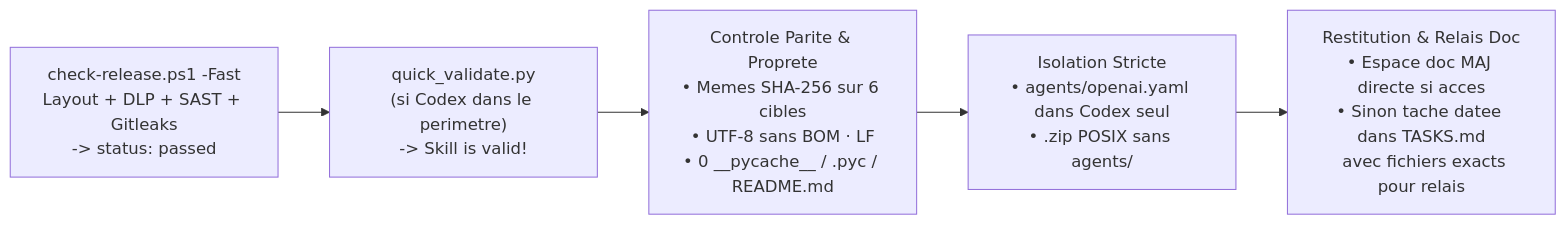
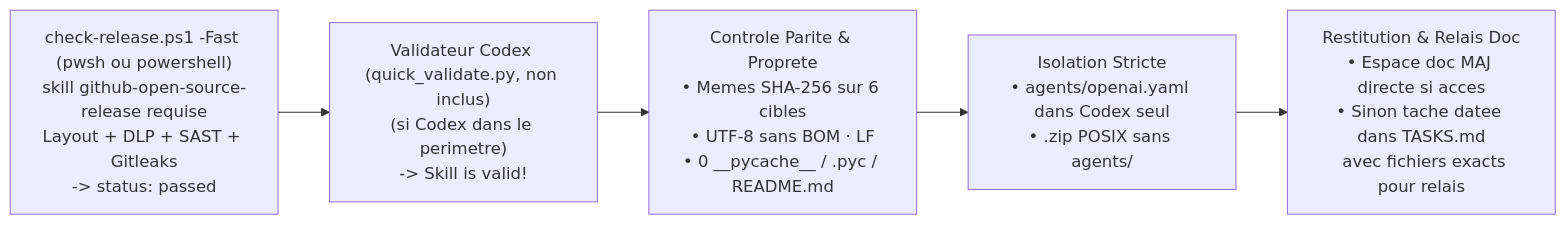
Before and after one commit to Melkyzedec/Toolbox: the second of 2 diagrams in skills/mon-standard-skill/references/processus.md, drawn with Mermaid. The commit also changed other lines of this file and 16 other files, not shown here.

First line of the commit message:
fix(securite): durcit check-release, mutation-check, kanban et packager (audit hostile) (#10)

````diff
--- a/skills/mon-standard-skill/references/processus.md
+++ b/skills/mon-standard-skill/references/processus.md
@@ -44,10 +44,10 @@
 ```mermaid
 flowchart LR
-    GATE["check-release.ps1 -Fast\nLayout + DLP + SAST + Gitleaks\n-> status: passed"]
-    QV["quick_validate.py\n(si Codex dans le perimetre)\n-> Skill is valid!"]
+    GATE["check-release.ps1 -Fast (pwsh ou powershell)\nskill github-open-source-release requise\nLayout + DLP + SAST + Gitleaks\n-> status: passed"]
+    QV["Validateur Codex (quick_validate.py, non inclus)\n(si Codex dans le perimetre)\n-> Skill is valid!"]
     HASH["Controle Parite & Proprete\n• Memes SHA-256 sur 6 cibles\n• UTF-8 sans BOM · LF\n• 0 __pycache__ / .pyc / README.md"]
     ISO["Isolation Stricte\n• agents/openai.yaml dans Codex seul\n• .zip POSIX sans agents/"]
     DONE["Restitution & Relais Doc\n• Espace doc MAJ directe si acces\n• Sinon tache datee dans TASKS.md\n  avec fichiers exacts pour relais"]
 
     GATE --> QV --> HASH --> ISO --> DONE
 ```
````
